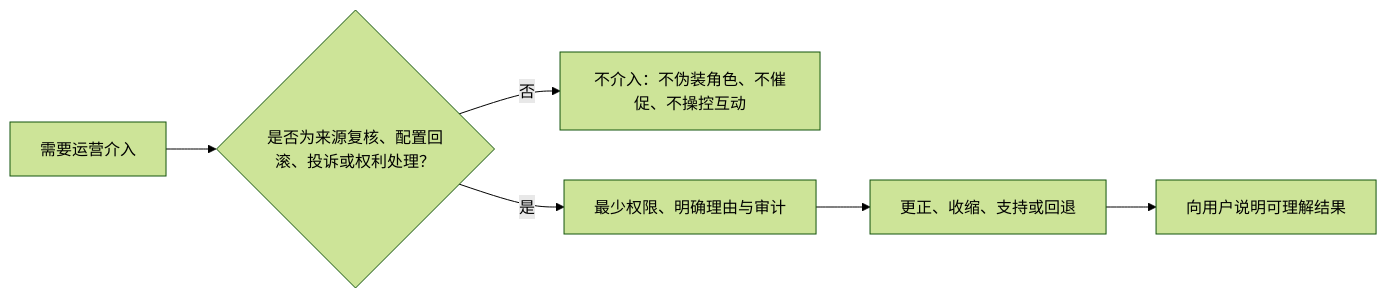
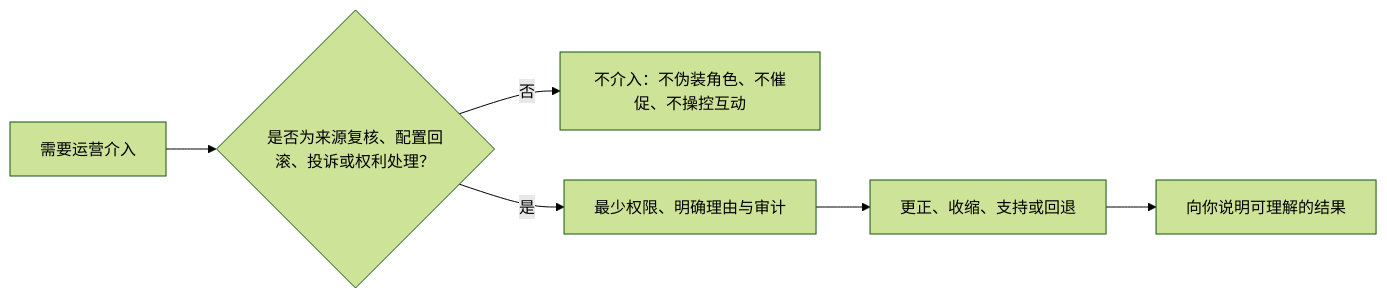
Before and after one commit to weiz98417-crypto/qiuqiu: the ninth of 11 diagrams in docs/球球全套资料/4.产品设计/22-赛前赛中赛后陪看旅程设计.md, drawn with Mermaid (forest theme). The commit also changed other lines of this file and 49 other files, not shown here.

````diff
--- a/docs/球球全套资料/4.产品设计/22-赛前赛中赛后陪看旅程设计.md
+++ b/docs/球球全套资料/4.产品设计/22-赛前赛中赛后陪看旅程设计.md
@@ -718,8 +656,8 @@
 ```mermaid
 flowchart LR
     Need[需要运营介入] --> Allowed{是否为来源复核、配置回滚、投诉或权利处理？}
     Allowed -->|否| Reject[不介入：不伪装角色、不催促、不操控互动]
     Allowed -->|是| Scope[最少权限、明确理由与审计]
     Scope --> Action[更正、收缩、支持或回退]
-    Action --> Explain[向用户说明可理解结果]
+    Action --> Explain[向你说明可理解的结果]
 ```
````
